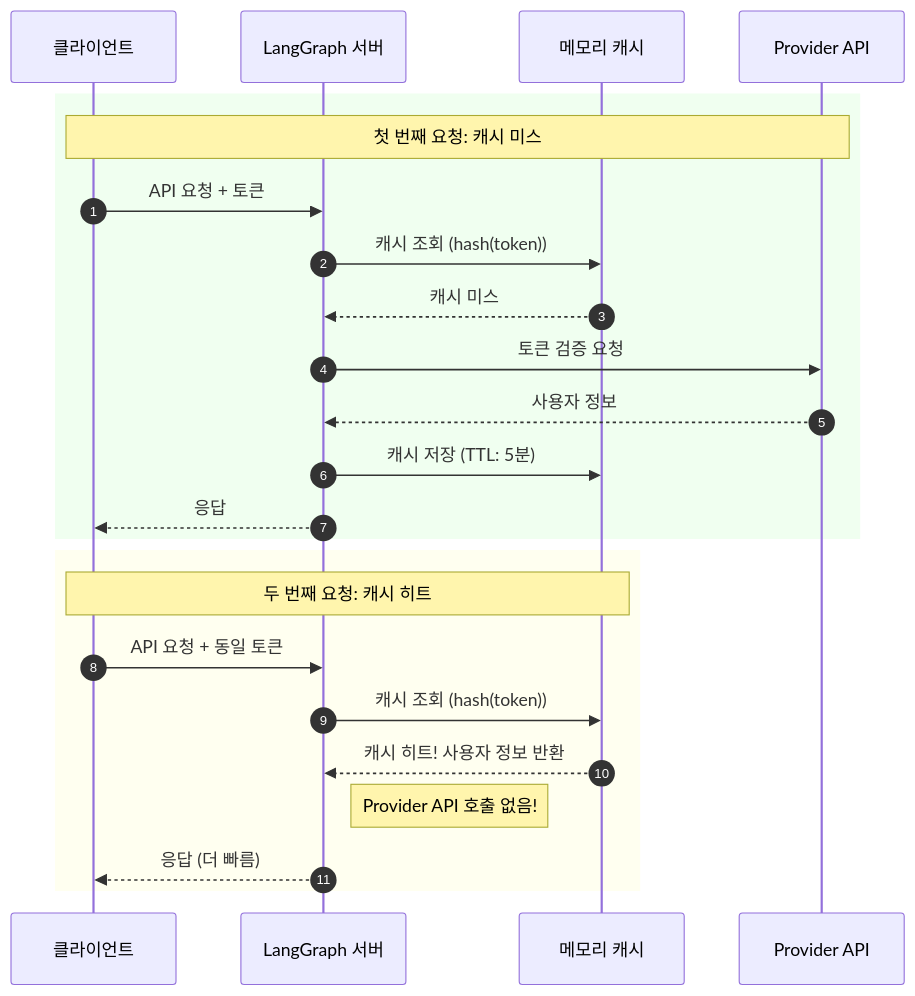
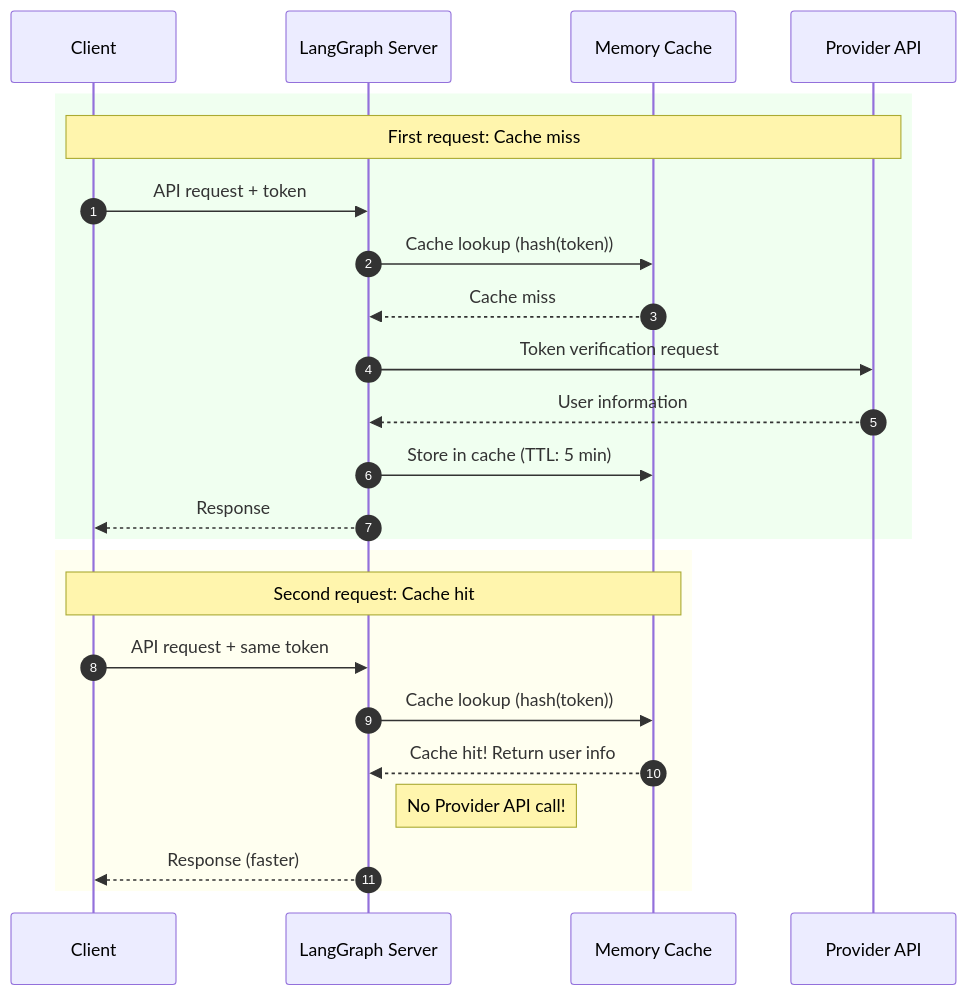
The seventh of 7 diagrams in docs/04-OAUTH-DIRECT.md (braincrew-lab/langgraph-chat-ui), drawn with Mermaid before and after one commit. The commit also changed other lines of this file and 24 other files, not shown here.

````diff
--- a/docs/04-OAUTH-DIRECT.md
+++ b/docs/04-OAUTH-DIRECT.md
@@ -656,28 +656,28 @@
 ```mermaid
 sequenceDiagram
     autonumber
-    participant Client as 클라이언트
-    participant LangGraph as LangGraph 서버
-    participant Cache as 메모리 캐시
+    participant Client as Client
+    participant LangGraph as LangGraph Server
+    participant Cache as Memory Cache
     participant Provider as Provider API
 
     rect rgb(240, 255, 240)
-        Note over Client,Provider: 첫 번째 요청: 캐시 미스
-        Client->>LangGraph: API 요청 + 토큰
-        LangGraph->>Cache: 캐시 조회 (hash(token))
-        Cache-->>LangGraph: 캐시 미스
-        LangGraph->>Provider: 토큰 검증 요청
-        Provider-->>LangGraph: 사용자 정보
-        LangGraph->>Cache: 캐시 저장 (TTL: 5분)
-        LangGraph-->>Client: 응답
+        Note over Client,Provider: First request: Cache miss
+        Client->>LangGraph: API request + token
+        LangGraph->>Cache: Cache lookup (hash(token))
+        Cache-->>LangGraph: Cache miss
+        LangGraph->>Provider: Token verification request
+        Provider-->>LangGraph: User information
+        LangGraph->>Cache: Store in cache (TTL: 5 min)
+        LangGraph-->>Client: Response
     end
 
     rect rgb(255, 255, 240)
-        Note over Client,Cache: 두 번째 요청: 캐시 히트
-        Client->>LangGraph: API 요청 + 동일 토큰
-        LangGraph->>Cache: 캐시 조회 (hash(token))
-        Cache-->>LangGraph: 캐시 히트! 사용자 정보 반환
-        Note right of LangGraph: Provider API 호출 없음!
-        LangGraph-->>Client: 응답 (더 빠름)
+        Note over Client,Cache: Second request: Cache hit
+        Client->>LangGraph: API request + same token
+        LangGraph->>Cache: Cache lookup (hash(token))
+        Cache-->>LangGraph: Cache hit! Return user info
+        Note right of LangGraph: No Provider API call!
+        LangGraph-->>Client: Response (faster)
     end
 ```
````
